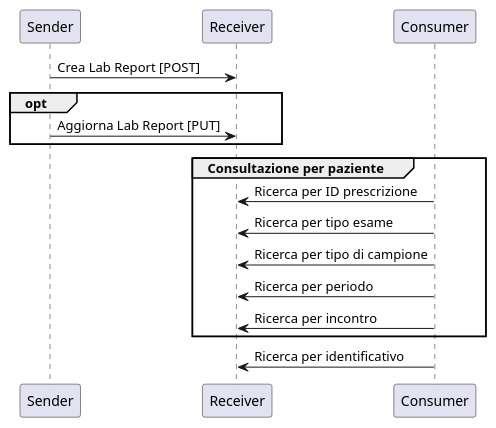
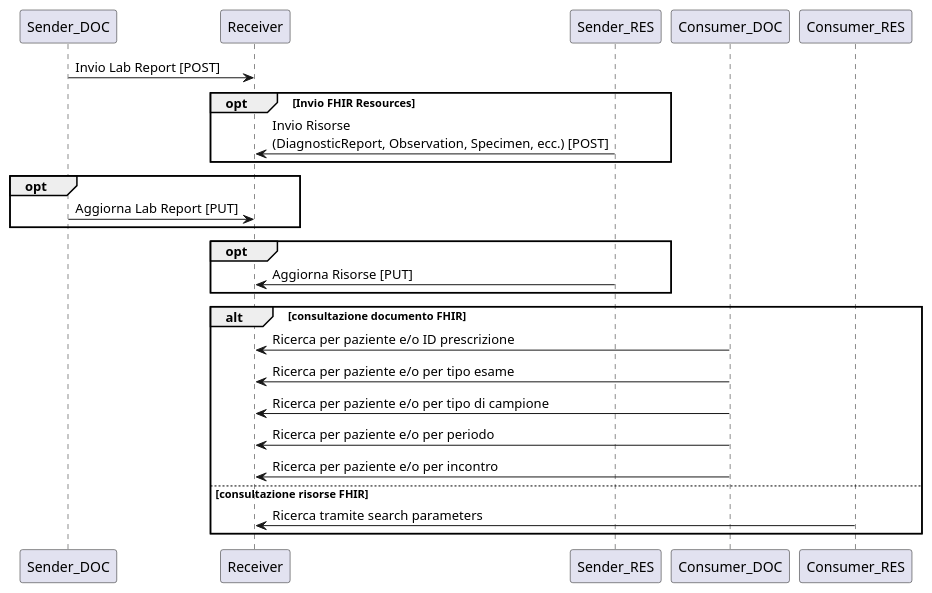
One commit to hl7-it/lab-report changed the diagram in input/images-source/creation.plantuml. Above: the diagram before and after it, drawn with PlantUML. The commit also changed 41 other files, not shown here.

```diff
--- a/input/images-source/creation.plantuml
+++ b/input/images-source/creation.plantuml
@@ -1,14 +1,23 @@
 @startuml
-Sender -> Receiver: Crea Lab Report [POST]
+
+Sender_DOC -> Receiver: Invio Lab Report [POST]
+
+opt Invio FHIR Resources
+   Sender_RES -> Receiver: Invio Risorse\n(DiagnosticReport, Observation, Specimen, ecc.) [POST]
+end
 opt
-   Sender -> Receiver:  Aggiorna Lab Report [PUT]
+   Sender_DOC -> Receiver:  Aggiorna Lab Report [PUT]
 end
-group Consultazione per paziente
-   Consumer -> Receiver: Ricerca per ID prescrizione
-   Consumer -> Receiver: Ricerca per tipo esame
-   Consumer -> Receiver: Ricerca per tipo di campione
-   Consumer -> Receiver: Ricerca per periodo
-   Consumer -> Receiver: Ricerca per incontro
+opt
+   Sender_RES -> Receiver:  Aggiorna Risorse [PUT]
 end
-Consumer -> Receiver: Ricerca per identificativo 
+alt consultazione documento FHIR 
+      Consumer_DOC -> Receiver: Ricerca per paziente e/o ID prescrizione
+      Consumer_DOC -> Receiver: Ricerca per paziente e/o per tipo esame
+      Consumer_DOC -> Receiver: Ricerca per paziente e/o per tipo di campione
+      Consumer_DOC -> Receiver: Ricerca per paziente e/o per periodo
+      Consumer_DOC -> Receiver: Ricerca per paziente e/o per incontro
+else consultazione risorse FHIR
+      Consumer_RES -> Receiver: Ricerca tramite search parameters
+end
 @enduml
```
